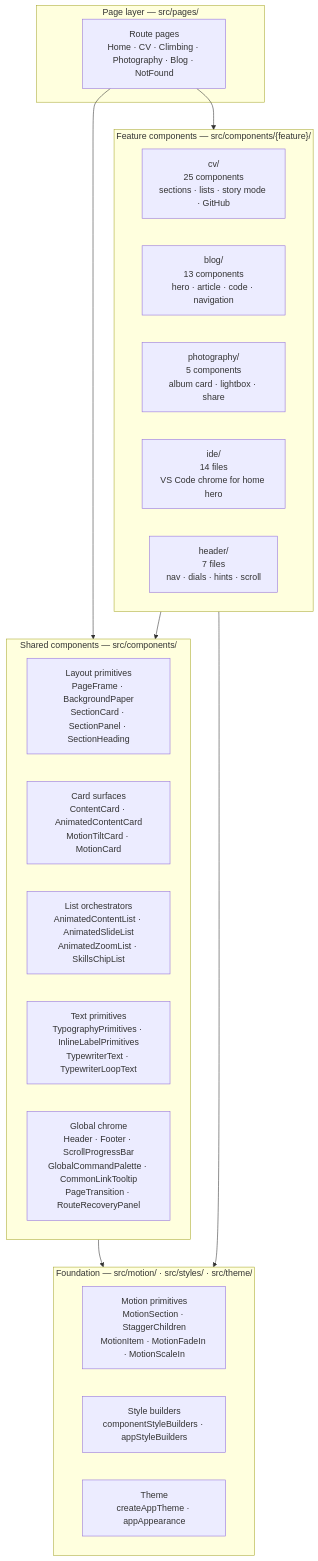
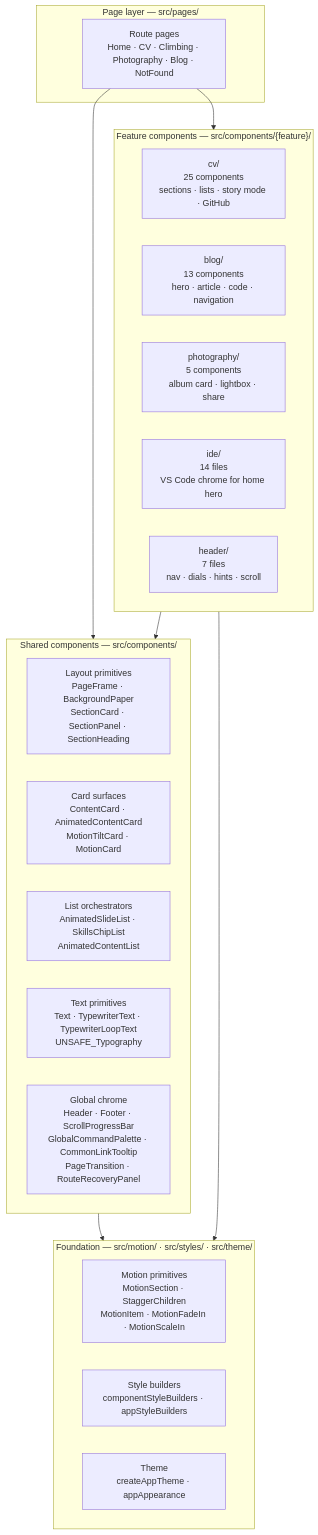
One commit to danphenderson/dev-danhenderson changed the first of 4 diagrams in docs/frontend/component-architecture.md. Above: the diagram before and after it, drawn with Mermaid. The commit also changed other lines of this file and 88 other files, not shown here.

Commit message:
refactor:  text-system consolidation, repeated-list animation refactoring, static-hook/status cleanup, Home/CV orchestration extraction, plus the aligned tests, docs, plan files, and screenshot artifacts.

````diff
--- a/docs/frontend/component-architecture.md
+++ b/docs/frontend/component-architecture.md
@@ -9,34 +9,34 @@
 ```mermaid
 flowchart TB
   subgraph PageLayer["Page layer — src/pages/"]
     Pages["Route pages<br/>Home · CV · Climbing · Photography · Blog · NotFound"]
   end
 
   subgraph SharedLayer["Shared components — src/components/"]
     Layout["Layout primitives<br/>PageFrame · BackgroundPaper<br/>SectionCard · SectionPanel · SectionHeading"]
     Cards["Card surfaces<br/>ContentCard · AnimatedContentCard<br/>MotionTiltCard · MotionCard"]
-    Lists["List orchestrators<br/>AnimatedContentList · AnimatedSlideList<br/>AnimatedZoomList · SkillsChipList"]
-    Text["Text primitives<br/>TypographyPrimitives · InlineLabelPrimitives<br/>TypewriterText · TypewriterLoopText"]
+    Lists["List orchestrators<br/>AnimatedSlideList · SkillsChipList<br/>AnimatedContentList"]
+    Text["Text primitives<br/>Text · TypewriterText · TypewriterLoopText<br/>UNSAFE_Typography"]
     Global["Global chrome<br/>Header · Footer · ScrollProgressBar<br/>GlobalCommandPalette · CommonLinkTooltip<br/>PageTransition · RouteRecoveryPanel"]
   end
 
   subgraph FeatureLayer["Feature components — src/components/{feature}/"]
     CV["cv/<br/>25 components<br/>sections · lists · story mode · GitHub"]
     Blog["blog/<br/>13 components<br/>hero · article · code · navigation"]
     Photo["photography/<br/>5 components<br/>album card · lightbox · share"]
     IDE["ide/<br/>14 files<br/>VS Code chrome for home hero"]
     HeaderSub["header/<br/>7 files<br/>nav · dials · hints · scroll"]
   end
 
   subgraph Foundation["Foundation — src/motion/ · src/styles/ · src/theme/"]
     Motion["Motion primitives<br/>MotionSection · StaggerChildren<br/>MotionItem · MotionFadeIn · MotionScaleIn"]
     Styles["Style builders<br/>componentStyleBuilders · appStyleBuilders"]
     Theme["Theme<br/>createAppTheme · appAppearance"]
   end
 
   Pages --> SharedLayer
   Pages --> FeatureLayer
   SharedLayer --> Foundation
   FeatureLayer --> SharedLayer
   FeatureLayer --> Foundation
 ```
````
